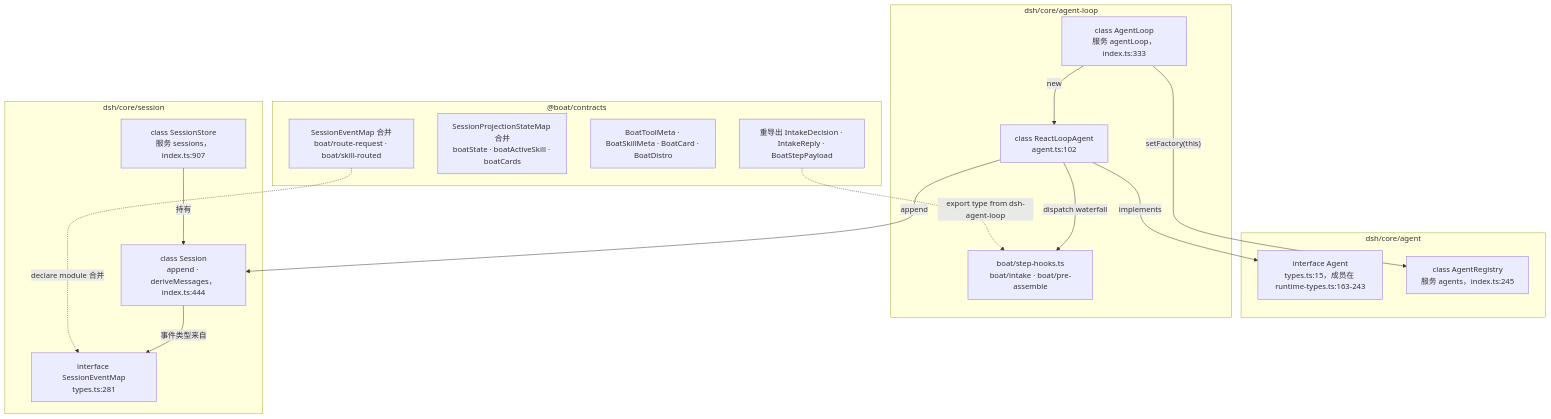
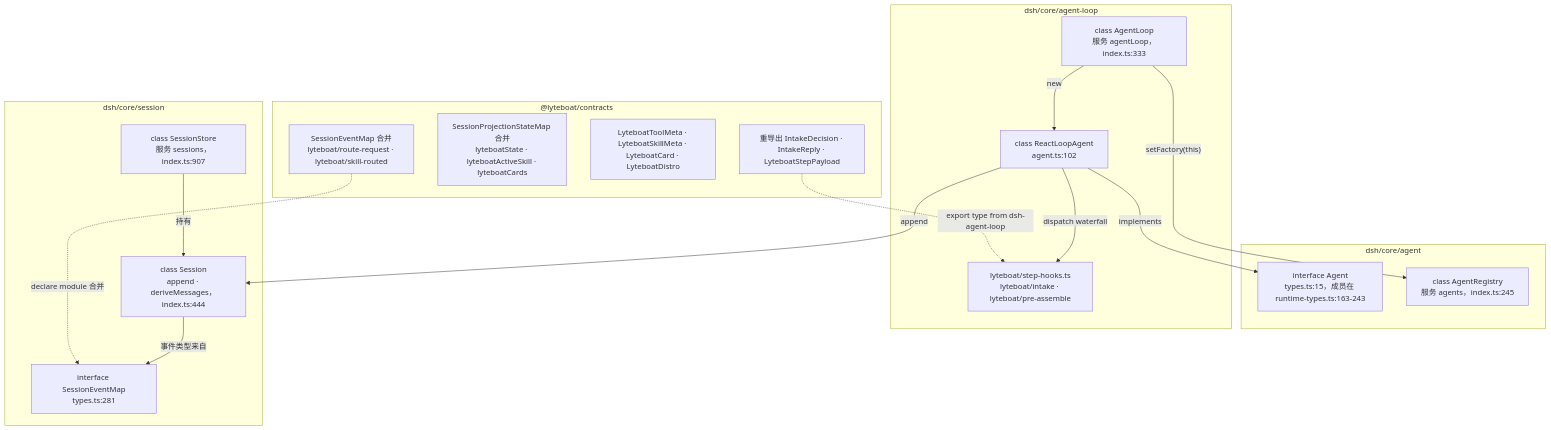
The fourth of 11 diagrams in docs/01-architecture.md (lyteboat/boat), drawn with Mermaid before and after one commit. The commit also changed other lines of this file and 316 other files, not shown here.

````diff
--- a/docs/01-architecture.md
+++ b/docs/01-architecture.md
@@ -233,32 +233,32 @@
 ```mermaid
 flowchart TB
   subgraph AGT["dsh/core/agent"]
     agentT["interface Agent<br/>types.ts:15，成员在 runtime-types.ts:163-243"]
     reg["class AgentRegistry<br/>服务 agents，index.ts:245"]
   end
   subgraph LOOP["dsh/core/agent-loop"]
     al["class AgentLoop<br/>服务 agentLoop，index.ts:333"]
     rla["class ReactLoopAgent<br/>agent.ts:102"]
-    hooks["boat/step-hooks.ts<br/>boat/intake · boat/pre-assemble"]
+    hooks["lyteboat/step-hooks.ts<br/>lyteboat/intake · lyteboat/pre-assemble"]
   end
   subgraph SESS["dsh/core/session"]
     store["class SessionStore<br/>服务 sessions，index.ts:907"]
     sess["class Session<br/>append · deriveMessages，index.ts:444"]
     sem["interface SessionEventMap<br/>types.ts:281"]
   end
-  subgraph CON["@boat/contracts"]
-    cEv["SessionEventMap 合并<br/>boat/route-request · boat/skill-routed"]
-    cProj["SessionProjectionStateMap 合并<br/>boatState · boatActiveSkill · boatCards"]
-    cMeta["BoatToolMeta · BoatSkillMeta · BoatCard · BoatDistro"]
-    cRe["重导出 IntakeDecision · IntakeReply · BoatStepPayload"]
+  subgraph CON["@lyteboat/contracts"]
+    cEv["SessionEventMap 合并<br/>lyteboat/route-request · lyteboat/skill-routed"]
+    cProj["SessionProjectionStateMap 合并<br/>lyteboatState · lyteboatActiveSkill · lyteboatCards"]
+    cMeta["LyteboatToolMeta · LyteboatSkillMeta · LyteboatCard · LyteboatDistro"]
+    cRe["重导出 IntakeDecision · IntakeReply · LyteboatStepPayload"]
   end
   al -->|"setFactory(this)"| reg
   al -->|"new"| rla
   rla -->|"implements"| agentT
   rla -->|"dispatch waterfall"| hooks
   rla -->|"append"| sess
   store -->|"持有"| sess
   sess -->|"事件类型来自"| sem
   cEv -.->|"declare module 合并"| sem
   cRe -.->|"export type from dsh-agent-loop"| hooks
 ```
````
